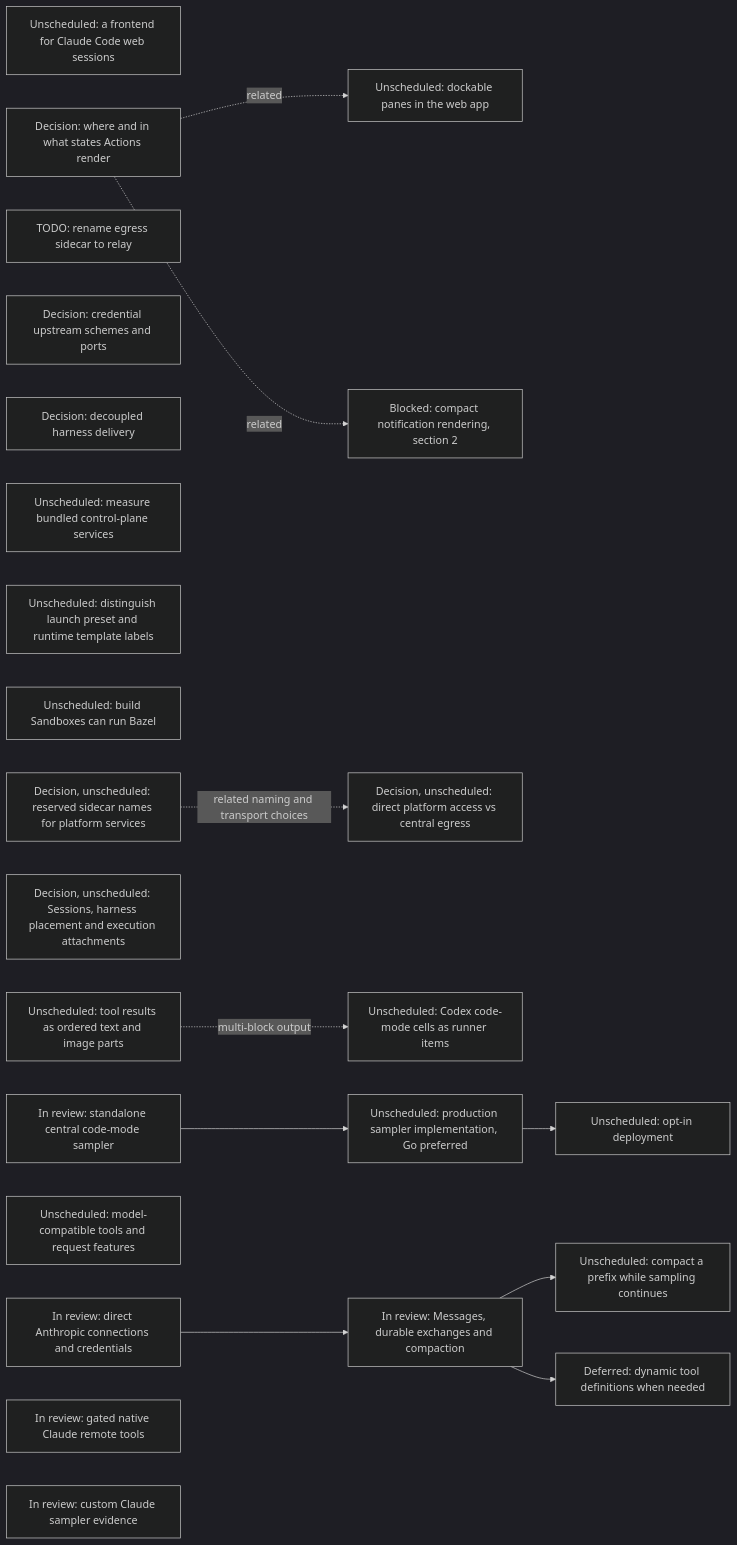
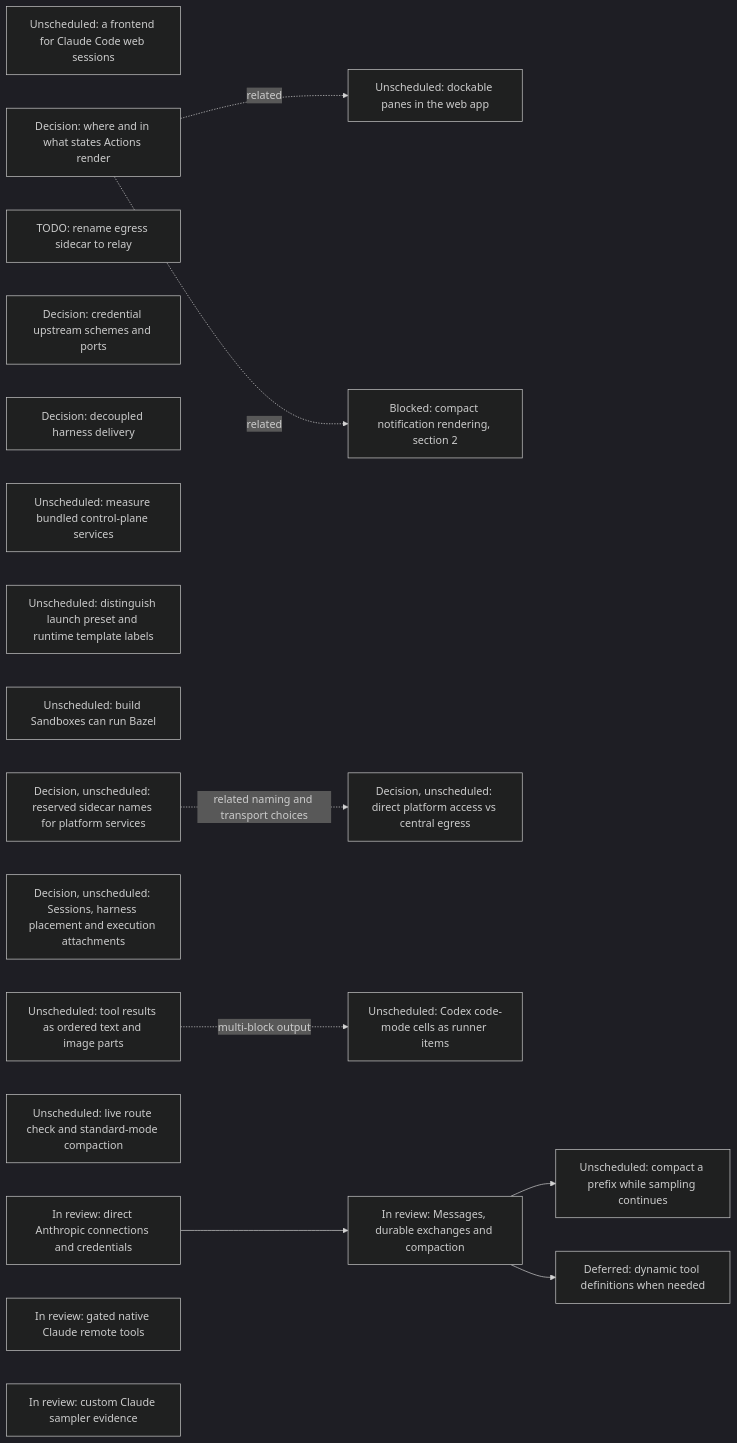
The sixth of 18 diagrams in agentplane/plans/task_dag.md (agentydragon/ducktape), drawn with Mermaid (dark theme) before and after one commit. The commit also changed other lines of this file and 1 other file, not shown here.

First line of the commit message:
agentplane/plans: burn down landed central sampler nodes

````diff
--- a/agentplane/plans/task_dag.md
+++ b/agentplane/plans/task_dag.md
@@ -545,31 +545,28 @@
 ```mermaid
 flowchart LR
     CLAUDE_CODE_WEB_BRIDGE[Unscheduled: a frontend for Claude Code web sessions]
     ACTION_SURFACES_DESIGN[Decision: where and in what states Actions render]
     EGRESS_RELAY_RENAME[TODO: rename egress sidecar to relay]
     EGRESS_CREDENTIAL_TRANSPORT_DESIGN[Decision: credential upstream schemes and ports]
     RUNNER_HARNESS_DELIVERY_DESIGN[Decision: decoupled harness delivery]
     K3S_BUNDLED_SERVICES_SPIKE[Unscheduled: measure bundled control-plane services]
     DOCKABLE_PANES[Unscheduled: dockable panes in the web app]
     ACTION_SURFACES_DESIGN -. related .-> DOCKABLE_PANES
     NOTIFICATION_PRESENTATION[Blocked: compact notification rendering, section 2]
     ACTION_SURFACES_DESIGN -. related .-> NOTIFICATION_PRESENTATION
     SANDBOX_FORM_TERMINOLOGY[Unscheduled: distinguish launch preset and runtime template labels]
     BUILD_BOX_BAZEL[Unscheduled: build Sandboxes can run Bazel]
     PLATFORM_SERVICE_NAMES_DESIGN[Decision, unscheduled: reserved sidecar names for platform services]
     PLATFORM_SERVICE_ROUTING_DESIGN[Decision, unscheduled: direct platform access vs central egress]
     PLATFORM_SERVICE_NAMES_DESIGN -. related naming and transport choices .-> PLATFORM_SERVICE_ROUTING_DESIGN
     SESSION_RUNTIME_MODEL_DESIGN[Decision, unscheduled: Sessions, harness placement and execution attachments]
     STRUCTURED_TOOL_OUTPUT[Unscheduled: tool results as ordered text and image parts]
     STRUCTURED_TOOL_OUTPUT -. multi-block output .-> CODEX_CODE_MODE_CELLS[Unscheduled: Codex code-mode cells as runner items]
-    CENTRAL_SAMPLER_V1[In review: standalone central code-mode sampler]
-    CENTRAL_SAMPLER_V1 --> CENTRAL_SAMPLER_PRODUCTION_IMPL[Unscheduled: production sampler implementation, Go preferred]
-    CENTRAL_SAMPLER_PRODUCTION_IMPL --> CENTRAL_SAMPLER_DEPLOYMENT[Unscheduled: opt-in deployment]
-    CENTRAL_SAMPLER_MODEL_CAPABILITIES[Unscheduled: model-compatible tools and request features]
+    CENTRAL_SAMPLER_MODEL_CAPABILITIES[Unscheduled: live route check and standard-mode compaction]
     CENTRAL_SAMPLER_ANTHROPIC_ROUTING[In review: direct Anthropic connections and credentials]
     CENTRAL_SAMPLER_ANTHROPIC_ROUTING --> CENTRAL_SAMPLER_ANTHROPIC_MESSAGES[In review: Messages, durable exchanges and compaction]
     CENTRAL_SAMPLER_ANTHROPIC_MESSAGES --> CENTRAL_SAMPLER_BACKGROUND_COMPACTION[Unscheduled: compact a prefix while sampling continues]
     CENTRAL_SAMPLER_ANTHROPIC_MESSAGES --> CENTRAL_SAMPLER_DYNAMIC_TOOLS[Deferred: dynamic tool definitions when needed]
     CLAUDE_REMOTE_EXECUTION_SPIKE[In review: gated native Claude remote tools]
     CLAUDE_CUSTOM_SAMPLER[In review: custom Claude sampler evidence]
 ```
````
